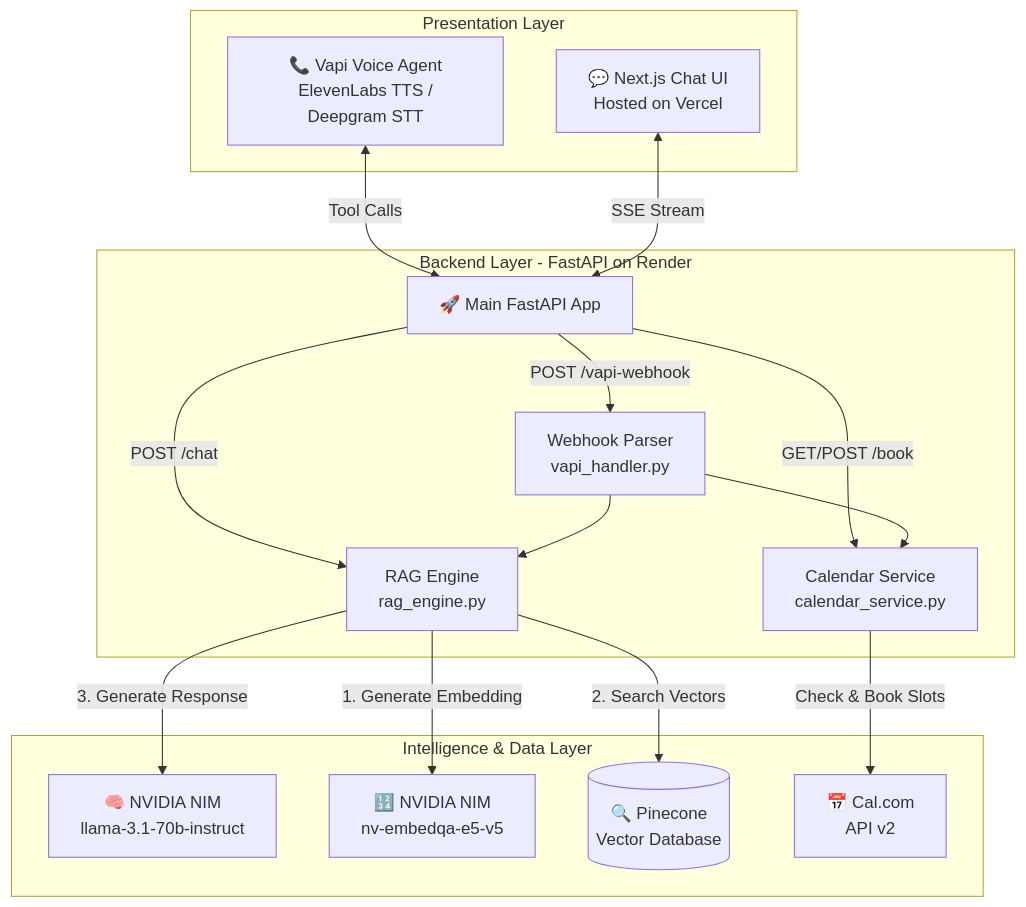
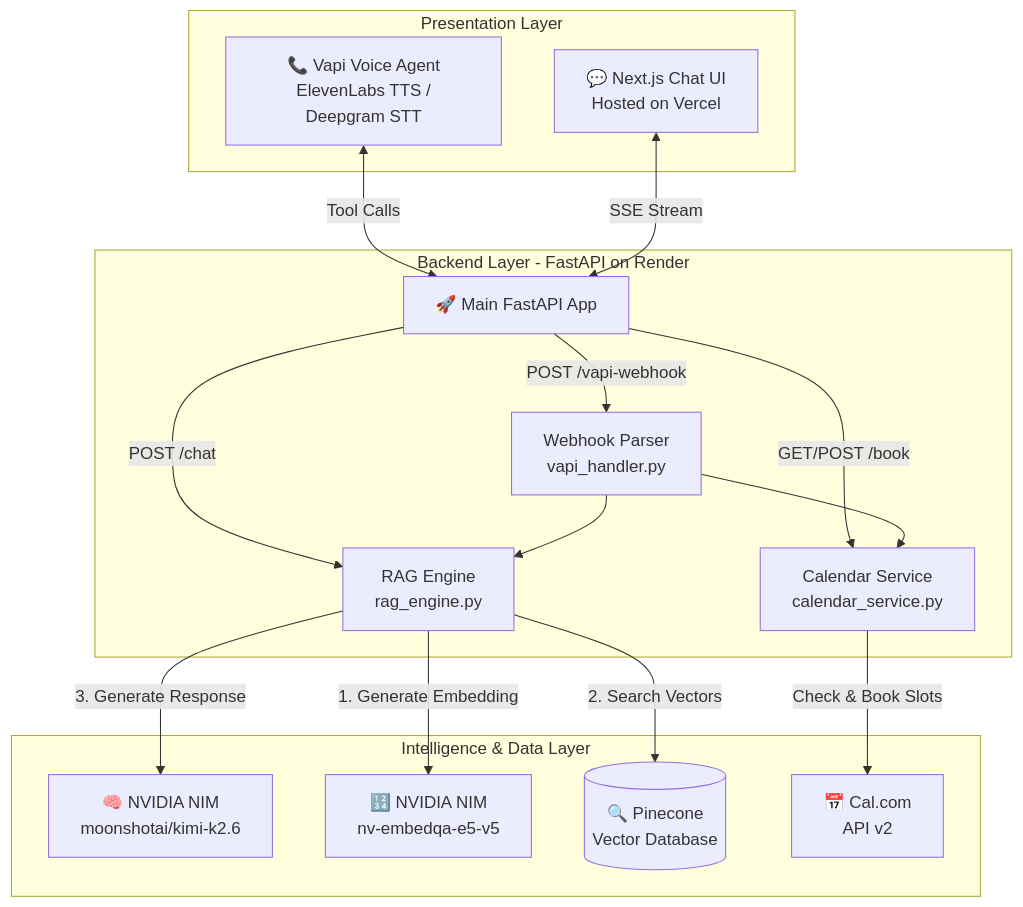
The diagram in README.md (Anurag0828/scaler-ai-persona), drawn with Mermaid before and after one commit. The commit also changed other lines of this file and 5 other files, not shown here.

Commit message:
feat: switch chat LLM to moonshotai/kimi-k2.6 and remove assignment references

````diff
--- a/README.md
+++ b/README.md
@@ -20,35 +18,35 @@
 ```mermaid
 flowchart TD
     subgraph Frontend [Presentation Layer]
         VAPI[📞 Vapi Voice Agent\n ElevenLabs TTS / Deepgram STT]
         VERCEL[💬 Next.js Chat UI\n Hosted on Vercel]
     end
 
     subgraph Backend [Backend Layer - FastAPI on Render]
         API[🚀 Main FastAPI App]
         VAPI_HANDLER[Webhook Parser\n vapi_handler.py]
         RAG[RAG Engine\n rag_engine.py]
         CAL[Calendar Service\n calendar_service.py]
         
         API -->|POST /vapi-webhook| VAPI_HANDLER
         API -->|POST /chat| RAG
         API -->|GET/POST /book| CAL
         VAPI_HANDLER --> RAG
         VAPI_HANDLER --> CAL
     end
 
     subgraph Intelligence [Intelligence & Data Layer]
-        NIM_CHAT[🧠 NVIDIA NIM\n llama-3.1-70b-instruct]
+        NIM_CHAT[🧠 NVIDIA NIM\n moonshotai/kimi-k2.6]
         NIM_EMBED[🔢 NVIDIA NIM\n nv-embedqa-e5-v5]
         PINECONE[(🔍 Pinecone\n Vector Database)]
         CAL_API[📅 Cal.com\n API v2]
         
         RAG -->|1. Generate Embedding| NIM_EMBED
         RAG -->|2. Search Vectors| PINECONE
         RAG -->|3. Generate Response| NIM_CHAT
         CAL -->|Check & Book Slots| CAL_API
     end
 
     VAPI <-->|Tool Calls| API
     VERCEL <-->|SSE Stream| API
 ```
````
